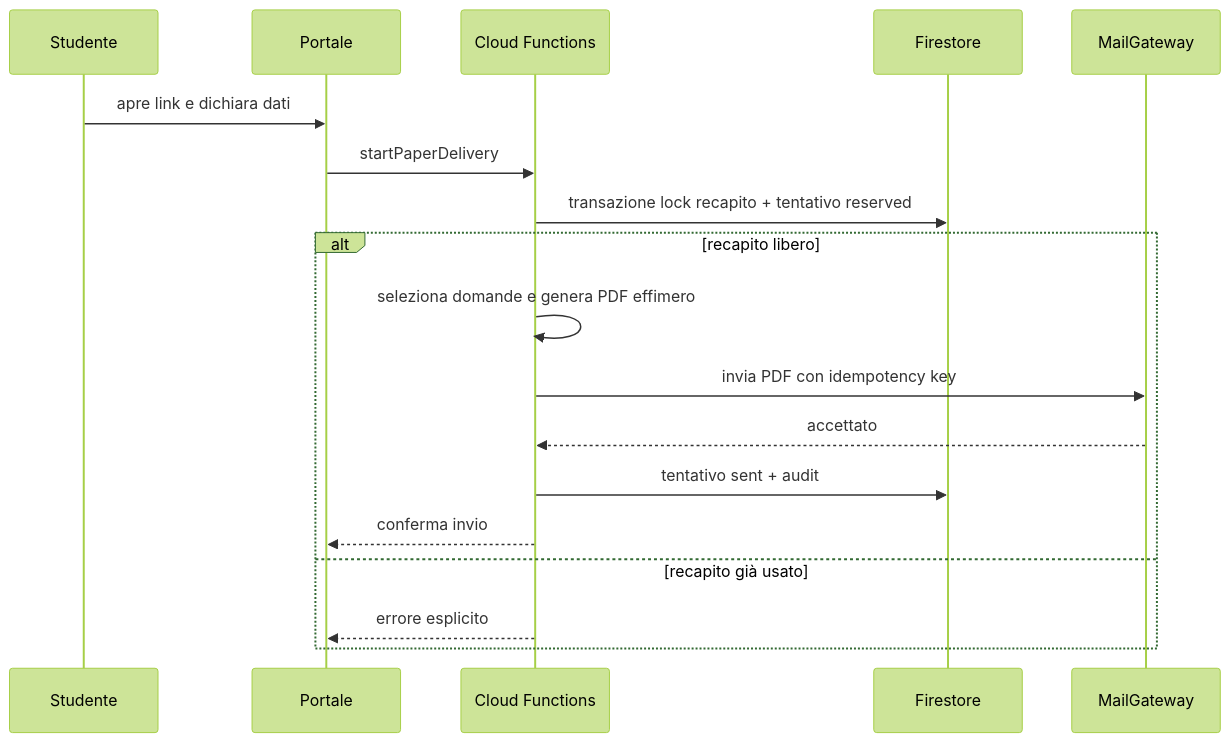
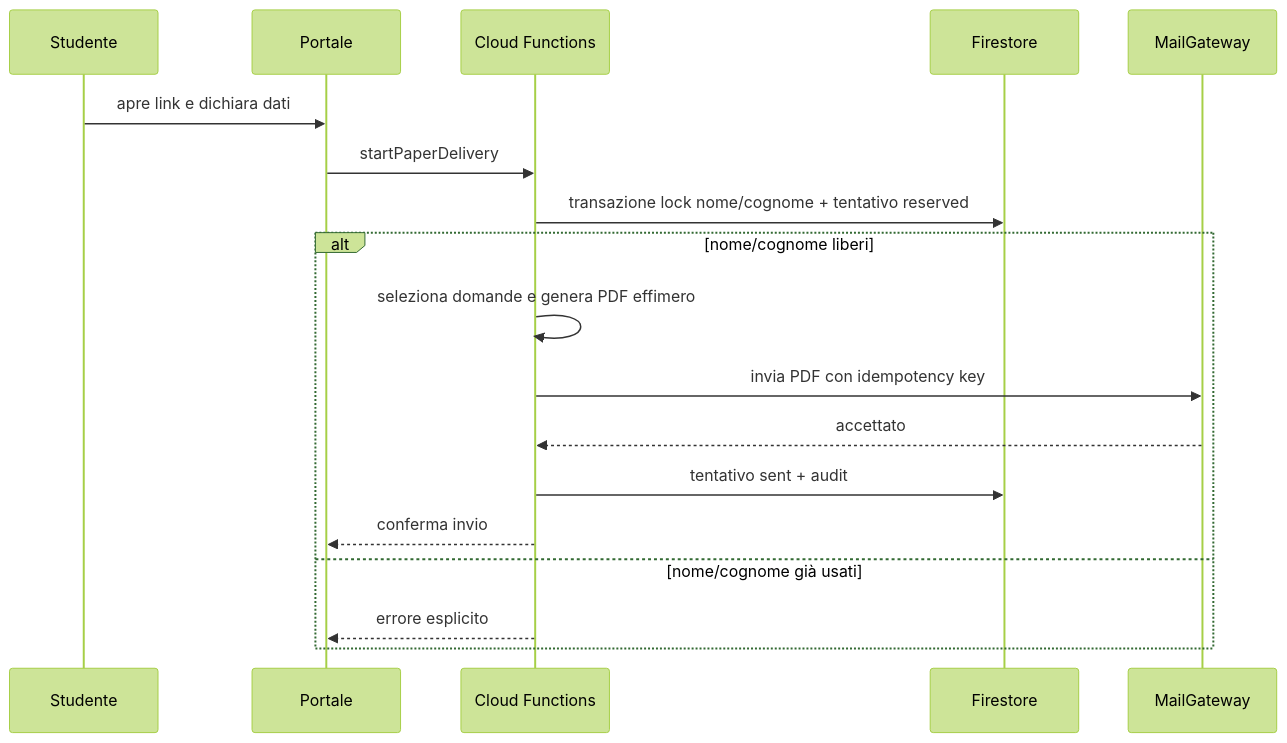
One commit to EnricoPaparo/SchoolForge changed the second of 2 diagrams in documentazione/architettura.md. Above: the diagram before and after it, drawn with Mermaid (forest theme). The commit also changed other lines of this file and 15 other files, not shown here.

````diff
--- a/documentazione/architettura.md
+++ b/documentazione/architettura.md
@@ -220,21 +222,21 @@
 ```mermaid
 sequenceDiagram
     participant S as Studente
     participant P as Portale
     participant B as Cloud Functions
     participant F as Firestore
     participant M as MailGateway
 
     S->>P: apre link e dichiara dati
     P->>B: startPaperDelivery
-    B->>F: transazione lock recapito + tentativo reserved
-    alt recapito libero
+    B->>F: transazione lock nome/cognome + tentativo reserved
+    alt nome/cognome liberi
         B->>B: seleziona domande e genera PDF effimero
         B->>M: invia PDF con idempotency key
         M-->>B: accettato
         B->>F: tentativo sent + audit
         B-->>P: conferma invio
-    else recapito già usato
+    else nome/cognome già usati
         B-->>P: errore esplicito
     end
 ```
````
